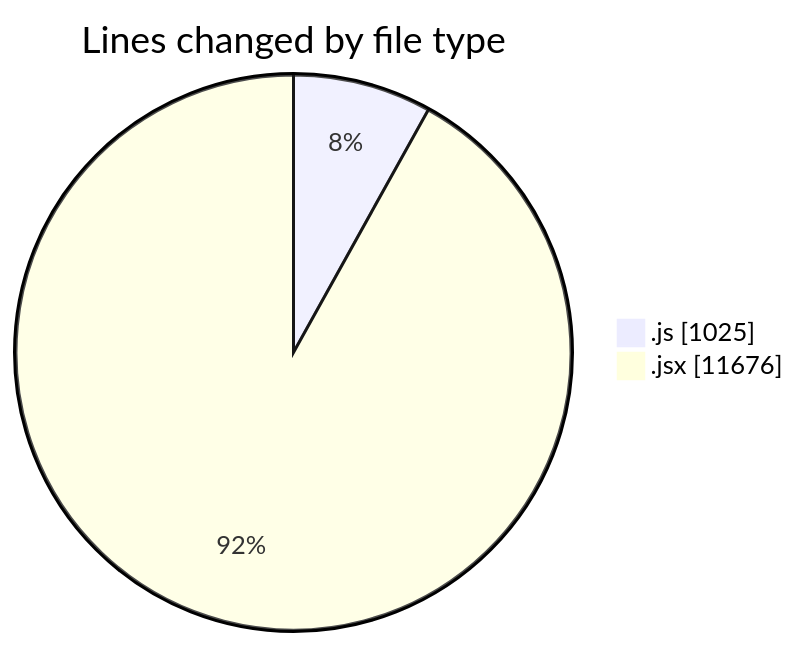
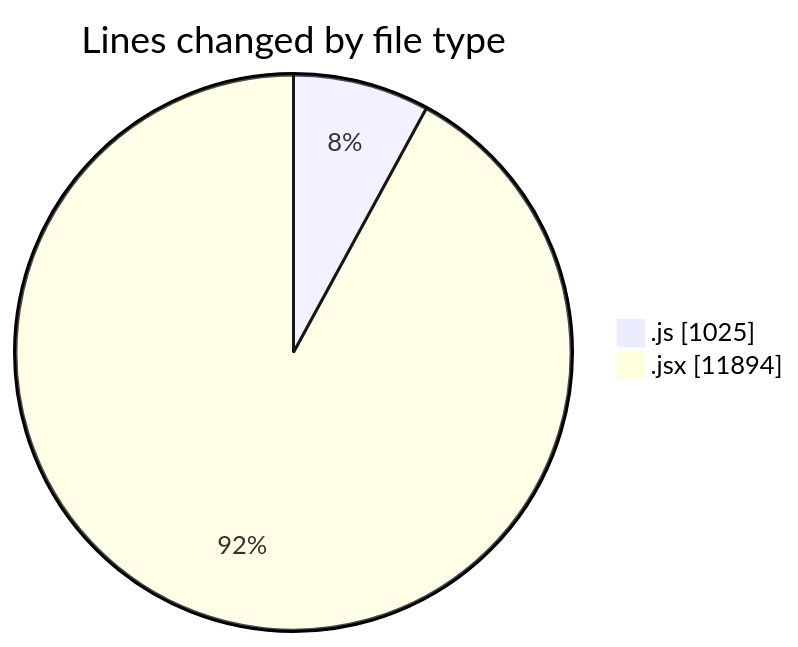
The first of 2 diagrams in 2025-07-28/nxtqube_webapp/README.md (nxtqubesakshisongat/code-tracking), drawn with Mermaid before and after one commit. The commit also changed other lines of this file and 1 other file, not shown here.

````diff
--- a/2025-07-28/nxtqube_webapp/README.md
+++ b/2025-07-28/nxtqube_webapp/README.md
@@ -49,6 +49,6 @@
 ```mermaid
 pie showData
 title Lines changed by file type
 ".js" : 1025
-".jsx" : 11676
+".jsx" : 11894
 ```
````
